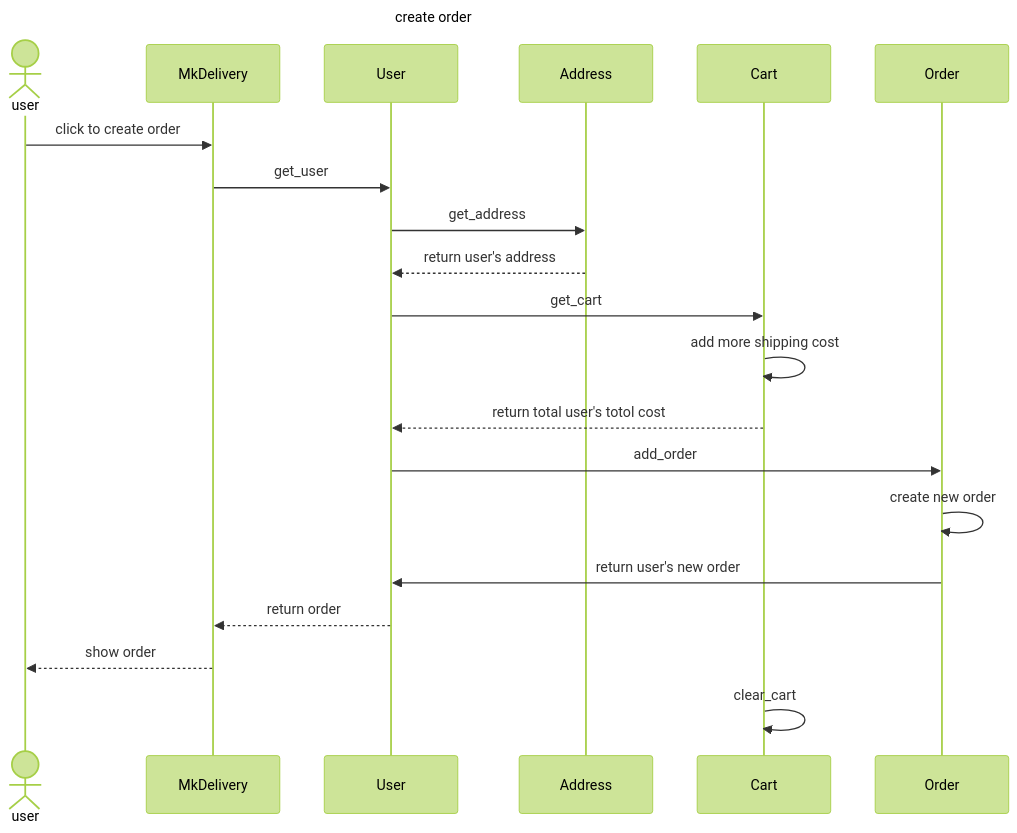
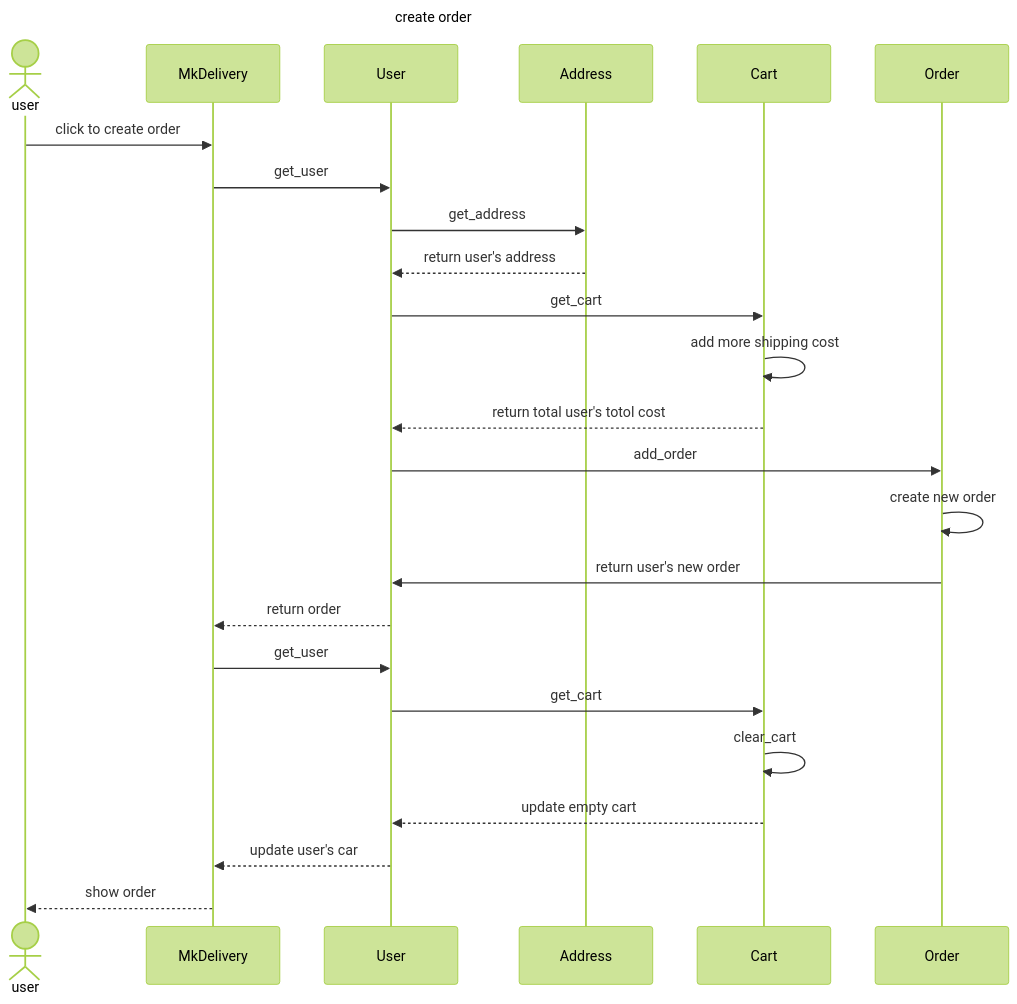
One commit to MxMhx/OOP_Project_MK_website changed the diagram in sequence_diag/order/create order.mmd. Above: the diagram before and after it, drawn with Mermaid (forest theme). The commit also changed other lines of this file, not shown here.

Commit message:
Update create order.mmd

```diff
--- a/sequence_diag/order/create order.mmd
+++ b/sequence_diag/order/create order.mmd
@@ -1,23 +1,28 @@
 sequenceDiagram
     title create order
     actor user
   
     participant MkDelivery
     participant User
     participant Address
     participant Cart
     participant Order
 
     user ->> MkDelivery:click to create order
     MkDelivery ->> User:get_user
     User ->> Address :get_address
     Address -->> User:return user's address 
     User ->> Cart :get_cart
     Cart ->> Cart: add more shipping cost
     Cart -->> User:return total user's totol cost
     User ->> Order:add_order
     Order ->> Order :create new order 
     Order ->> User: return user's new order
     User -->> MkDelivery: return order
+
+    MkDelivery ->> User:get_user
+    User ->> Cart :get_cart
+    Cart ->> Cart :clear_cart
+    Cart -->> User :update empty cart
+    User -->> MkDelivery:update user's car
     MkDelivery -->> user:show order
-    Cart ->> Cart :clear_cart
```
